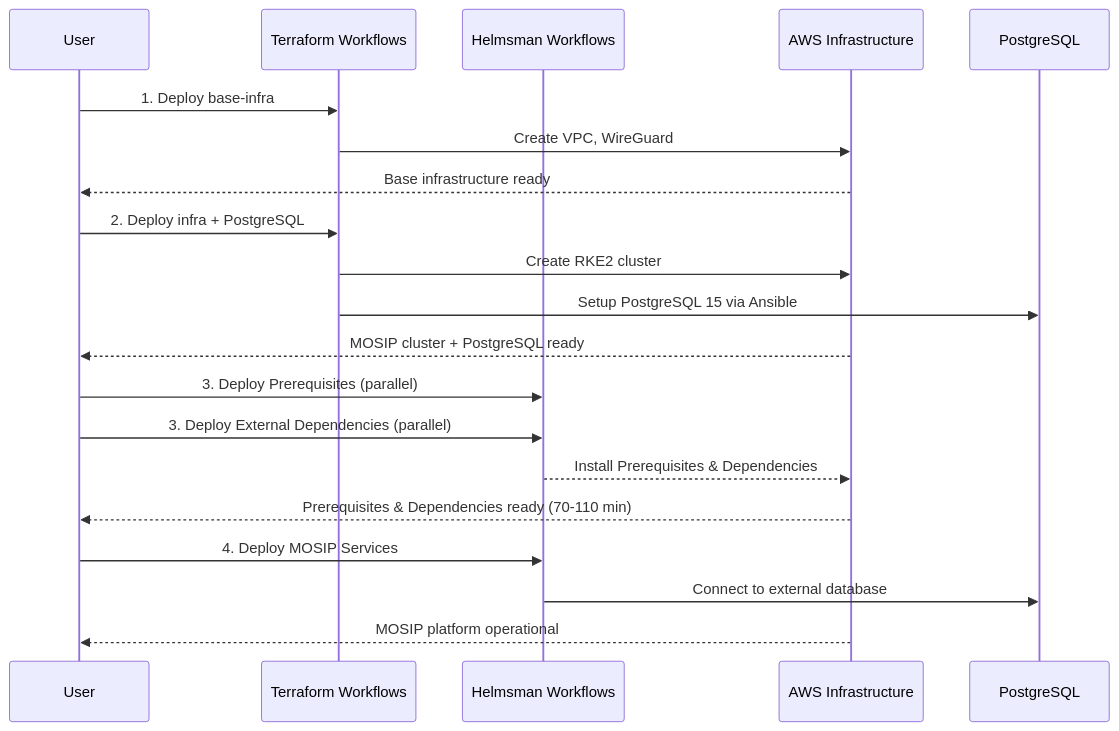
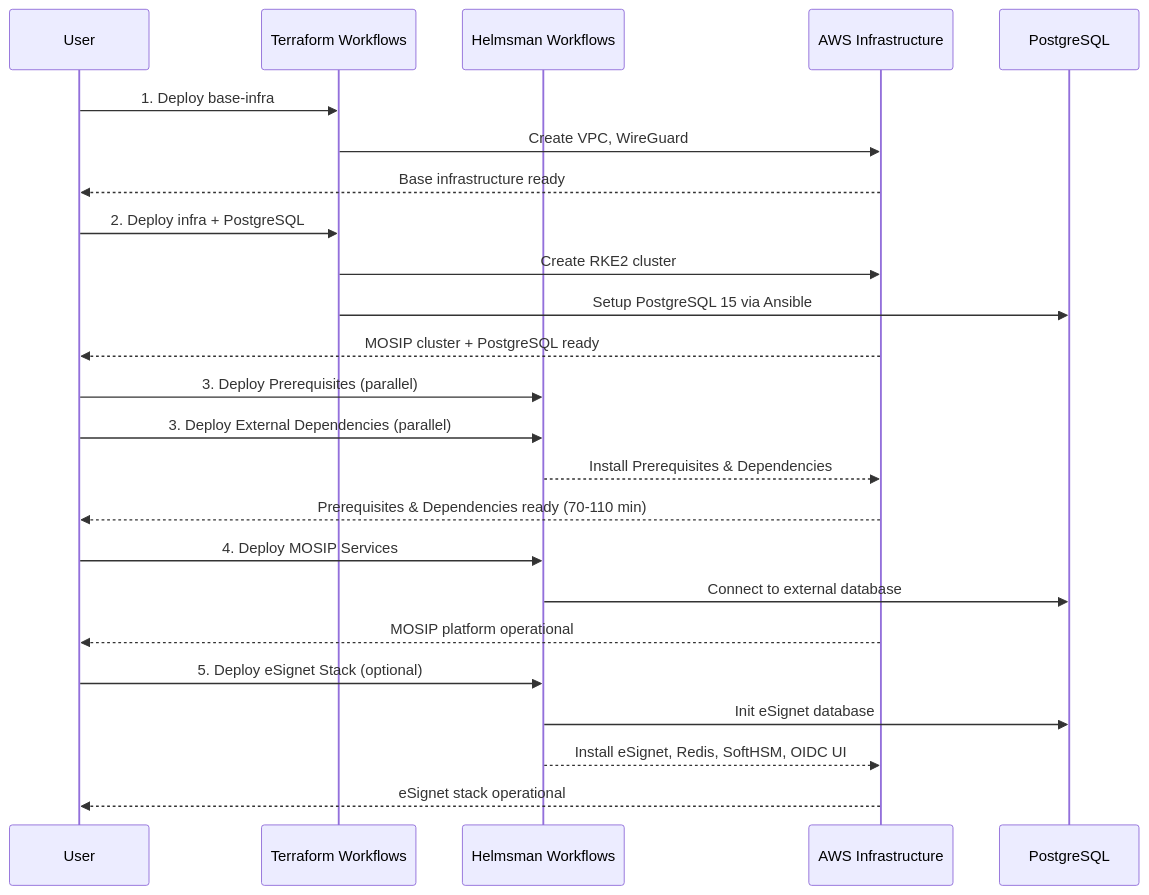
One commit to mosip/infra changed the third of 4 diagrams in .github/workflows/README.md. Above: the diagram before and after it, drawn with Mermaid. The commit also changed other lines of this file and 3 other files, not shown here.

Commit message:
docs: add eSignet DSF to deployment flow diagrams in 1.2.0.3 release notes

````diff
--- a/.github/workflows/README.md
+++ b/.github/workflows/README.md
@@ -371,26 +374,31 @@
 ```mermaid
 sequenceDiagram
  participant User
  participant Terraform Workflows
  participant Helmsman Workflows
  participant AWS Infrastructure
  participant PostgreSQL
  
  User->>Terraform Workflows: 1. Deploy base-infra
  Terraform Workflows->>AWS Infrastructure: Create VPC, WireGuard
  AWS Infrastructure-->>User: Base infrastructure ready
  
  User->>Terraform Workflows: 2. Deploy infra + PostgreSQL
  Terraform Workflows->>AWS Infrastructure: Create RKE2 cluster
  Terraform Workflows->>PostgreSQL: Setup PostgreSQL 15 via Ansible
  AWS Infrastructure-->>User: MOSIP cluster + PostgreSQL ready
  
  User->>Helmsman Workflows: 3. Deploy Prerequisites (parallel)
  User->>Helmsman Workflows: 3. Deploy External Dependencies (parallel)
  Helmsman Workflows-->>AWS Infrastructure: Install Prerequisites & Dependencies
  AWS Infrastructure-->>User: Prerequisites & Dependencies ready (70-110 min)
  
  User->>Helmsman Workflows: 4. Deploy MOSIP Services
  Helmsman Workflows->>PostgreSQL: Connect to external database
  AWS Infrastructure-->>User: MOSIP platform operational
+ 
+ User->>Helmsman Workflows: 5. Deploy eSignet Stack (optional)
+ Helmsman Workflows->>PostgreSQL: Init eSignet database
+ Helmsman Workflows-->>AWS Infrastructure: Install eSignet, Redis, SoftHSM, OIDC UI
+ AWS Infrastructure-->>User: eSignet stack operational
 ```
````
